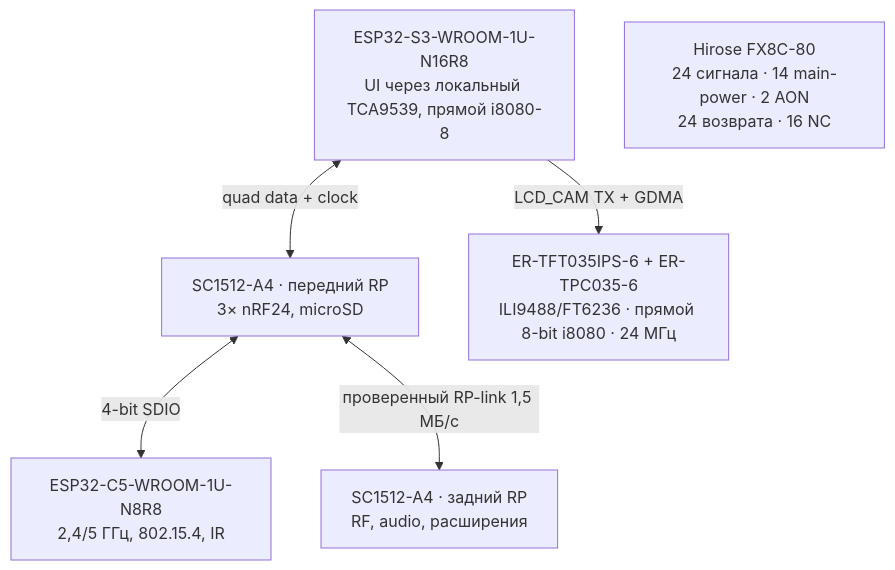
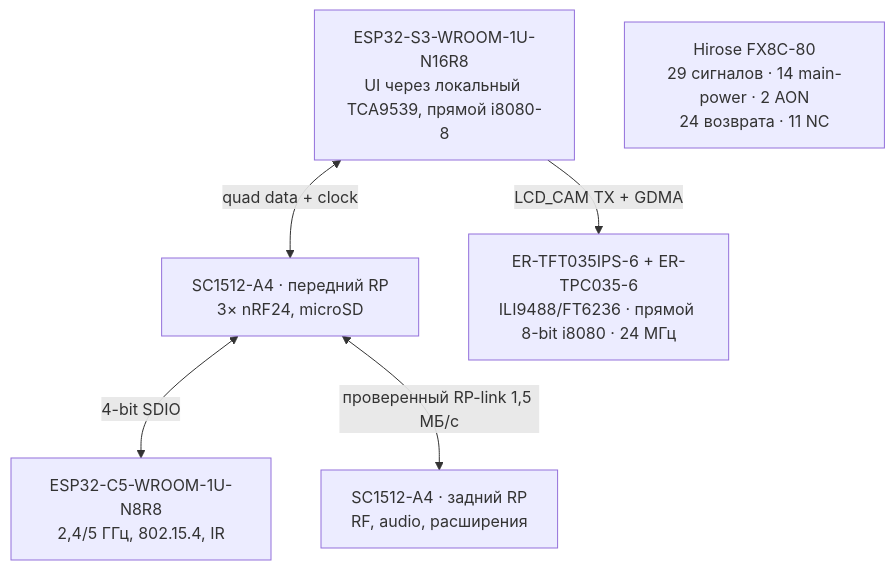
The diagram in docs/schematics.ru.md (anton-vinogradov/esp32-leshy2), drawn with Mermaid before and after one commit. The commit also changed other lines of this file and 152 other files, not shown here.

Commit message:
Complete native R2 schematics and open H3 verification

````diff
--- a/docs/schematics.ru.md
+++ b/docs/schematics.ru.md
@@ -32,14 +34,14 @@
 ```mermaid
 flowchart TD
   S3["ESP32-S3-WROOM-1U-N16R8<br/>UI через локальный TCA9539, прямой i8080-8"]
   C5["ESP32-C5-WROOM-1U-N8R8<br/>2,4/5 ГГц, 802.15.4, IR"]
   FRP["SC1512-A4 · передний RP<br/>3× nRF24, microSD"]
   RRP["SC1512-A4 · задний RP<br/>RF, audio, расширения"]
   LCD["ER-TFT035IPS-6 + ER-TPC035-6<br/>ILI9488/FT6236 · прямой 8-bit i8080 · 24 МГц"]
-  M1["Hirose FX8C-80<br/>24 сигнала · 14 main-power · 2 AON<br/>24 возврата · 16 NC"]
+  M1["Hirose FX8C-80<br/>29 сигналов · 14 main-power · 2 AON<br/>24 возврата · 11 NC"]
 
   S3 -->|"LCD_CAM TX + GDMA"| LCD
   S3 <-->|"quad data + clock"| FRP
   FRP <-->|"4-bit SDIO"| C5
   FRP <-->|"проверенный RP-link 1,5 МБ/с"| RRP
 ```
````
